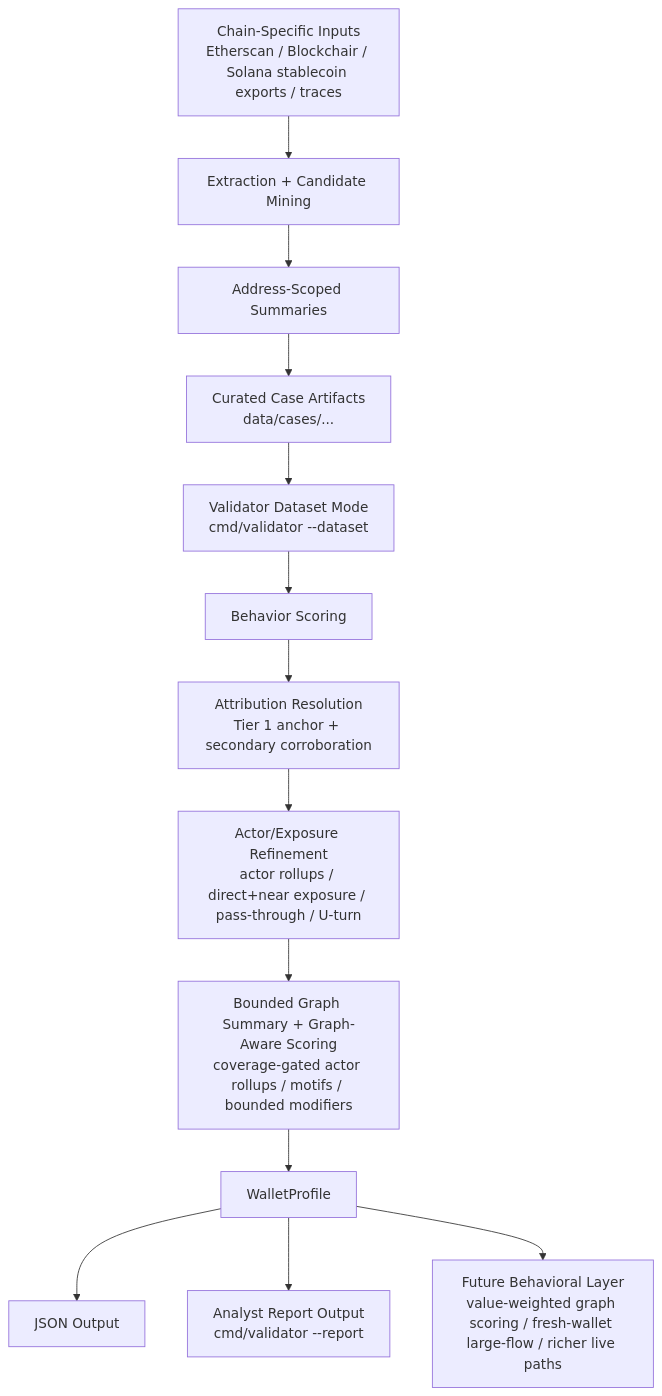
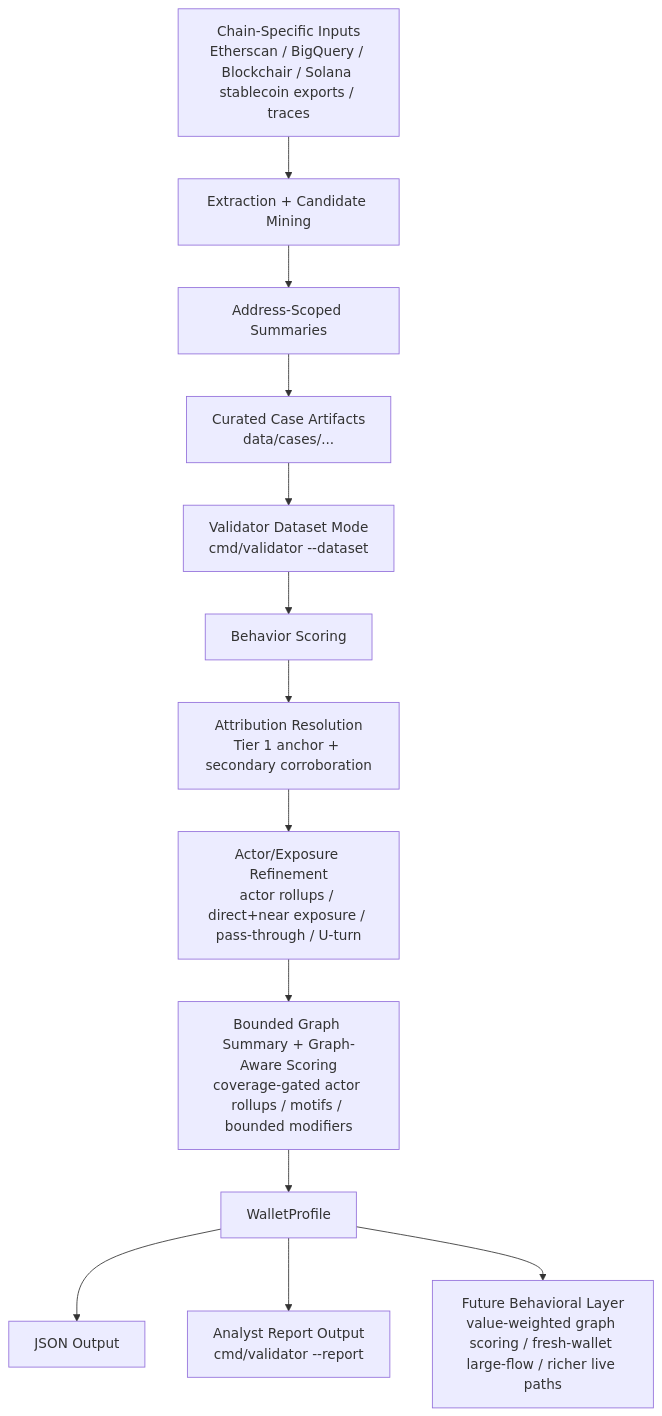
Before and after one commit to piyushdaiya/crypto-profiler: the second of 2 diagrams in ARCHITECTURE.md, drawn with Mermaid. The commit also changed other lines of this file and 4 other files, not shown here.

````diff
--- a/ARCHITECTURE.md
+++ b/ARCHITECTURE.md
@@ -156,15 +159,15 @@
 ```mermaid
 flowchart TD
-    A["Chain-Specific Inputs<br/>Etherscan / Blockchair / Solana stablecoin exports / traces"] --> B["Extraction + Candidate Mining"]
+    A["Chain-Specific Inputs<br/>Etherscan / BigQuery / Blockchair / Solana stablecoin exports / traces"] --> B["Extraction + Candidate Mining"]
     B --> C["Address-Scoped Summaries"]
     C --> D["Curated Case Artifacts<br/>data/cases/..."]
     D --> E["Validator Dataset Mode<br/>cmd/validator --dataset"]
     E --> F["Behavior Scoring"]
     F --> G["Attribution Resolution<br/>Tier 1 anchor + secondary corroboration"]
     G --> H["Actor/Exposure Refinement<br/>actor rollups / direct+near exposure / pass-through / U-turn"]
     H --> I["Bounded Graph Summary + Graph-Aware Scoring<br/>coverage-gated actor rollups / motifs / bounded modifiers"]
     I --> J["WalletProfile"]
     J --> K["JSON Output"]
     J --> L["Analyst Report Output<br/>cmd/validator --report"]
     J --> M["Future Behavioral Layer<br/>value-weighted graph scoring / fresh-wallet large-flow / richer live paths"]
 ```
````
